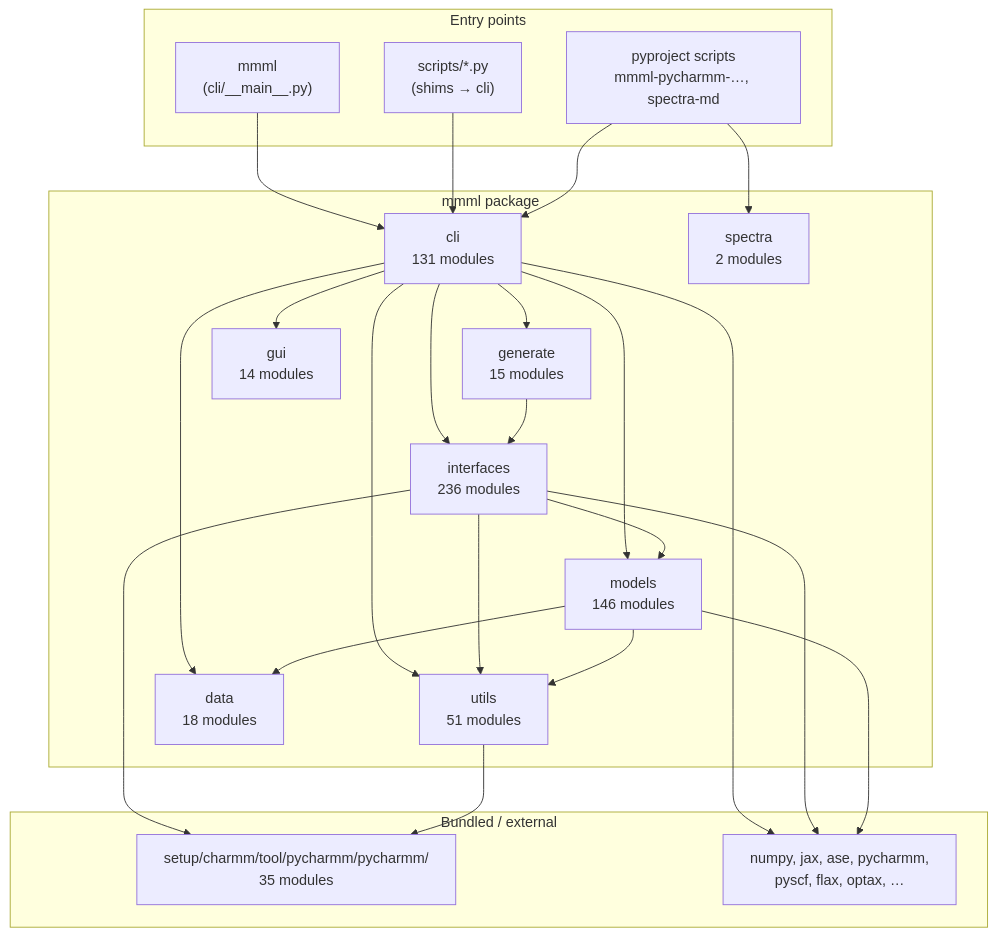
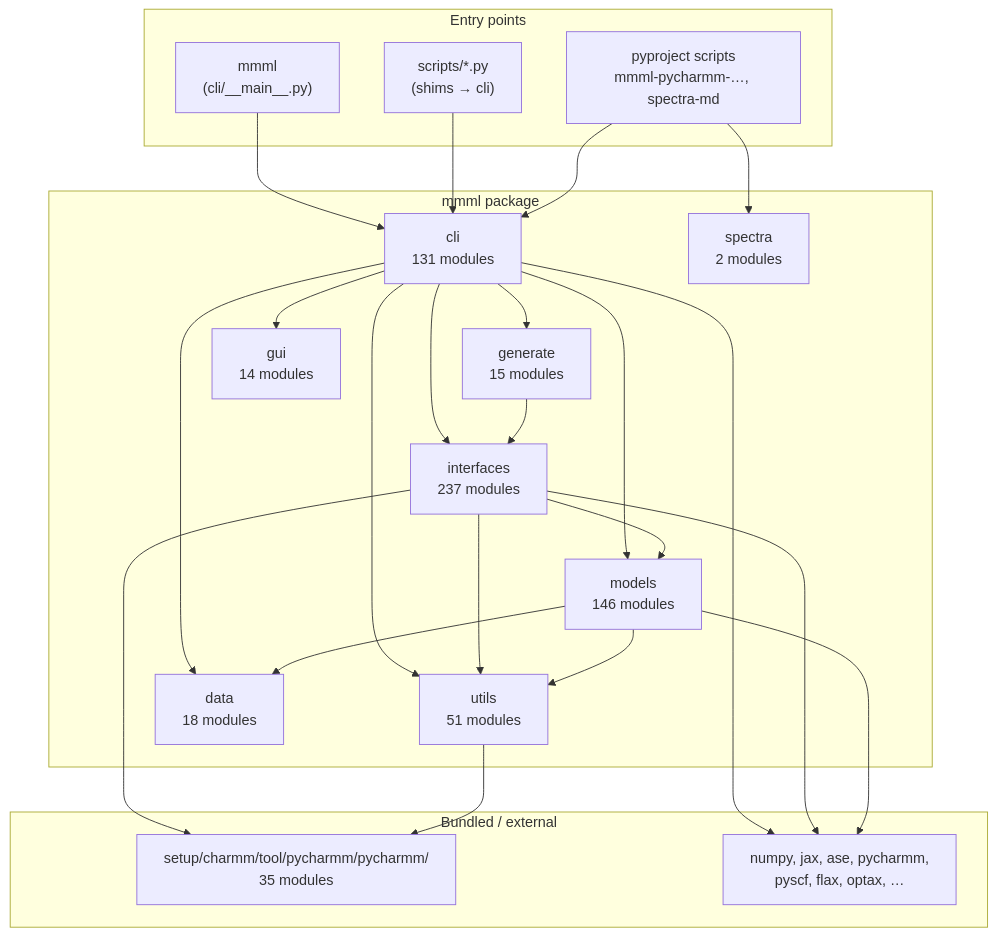
One commit to EricBoittier/mmml changed the first of 8 diagrams in docs/package-architecture.md. Above: the diagram before and after it, drawn with Mermaid.

Commit message:
docs: regenerate package architecture (new ml_type_copies module)

````diff
--- a/docs/package-architecture.md
+++ b/docs/package-architecture.md
@@ -13,48 +13,48 @@
 ```mermaid
 flowchart TB
   subgraph entry["Entry points"]
     MMML["mmml\n(cli/__main__.py)"]
     SCRIPTS["scripts/*.py\n(shims → cli)"]
     PKG["pyproject scripts\nmmml-pycharmm-…, spectra-md"]
   end
 
   subgraph mmml_pkg["mmml package"]
     CLI["cli\n131 modules"]
-    IFACE["interfaces\n236 modules"]
+    IFACE["interfaces\n237 modules"]
     MODELS["models\n146 modules"]
     UTILS["utils\n51 modules"]
     DATA["data\n18 modules"]
     GEN["generate\n15 modules"]
     GUI["gui\n14 modules"]
     SPEC["spectra\n2 modules"]
   end
 
   subgraph vendor["Bundled / external"]
     PYCH["setup/charmm/tool/pycharmm/pycharmm/\n35 modules"]
     EXT["numpy, jax, ase, pycharmm,\npyscf, flax, optax, …"]
   end
 
   MMML --> CLI
   SCRIPTS --> CLI
   PKG --> CLI
   PKG --> SPEC
 
   CLI --> IFACE
   CLI --> MODELS
   CLI --> DATA
   CLI --> UTILS
   CLI --> GEN
   CLI --> GUI
 
   IFACE --> MODELS
   IFACE --> UTILS
   IFACE --> PYCH
   MODELS --> UTILS
   MODELS --> DATA
   UTILS --> PYCH
   GEN --> IFACE
 
   CLI --> EXT
   IFACE --> EXT
   MODELS --> EXT
 ```
````
